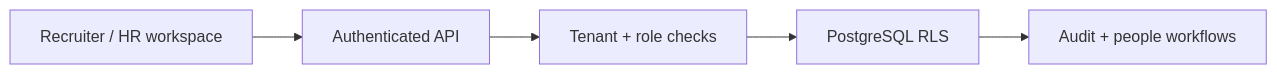
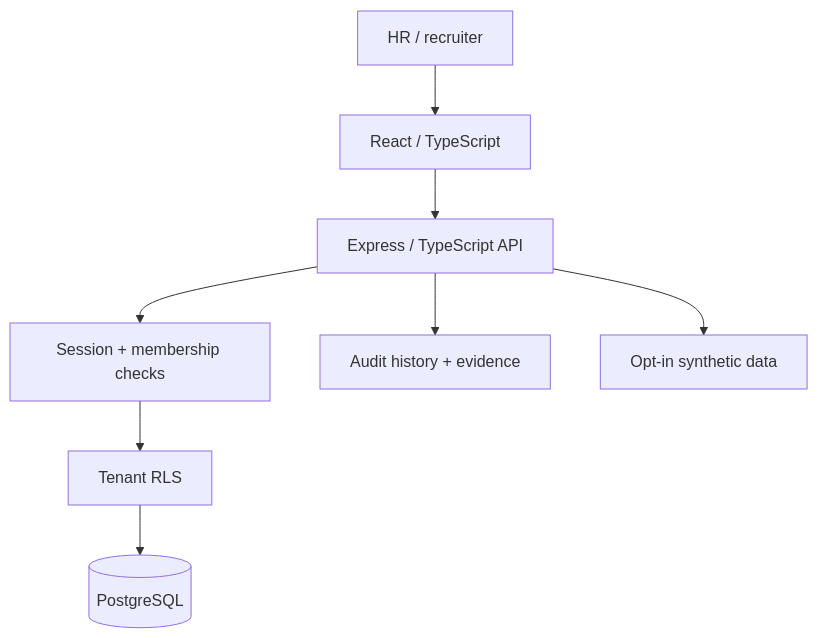
One commit to CayelaemJ/HR-Software changed the diagram in docs/PORTFOLIO_SHOWCASE.md. Above: the diagram before and after it, drawn with Mermaid. The commit also changed other lines of this file, not shown here.

Commit message:
docs: write repository-grounded technical showcase and diagrams

````diff
--- a/docs/PORTFOLIO_SHOWCASE.md
+++ b/docs/PORTFOLIO_SHOWCASE.md
@@ -15,12 +9,10 @@
 ```mermaid
-flowchart LR
-  N0["Recruiter / HR workspace"]
-  N1["Authenticated API"]
-  N2["Tenant + role checks"]
-  N3["PostgreSQL RLS"]
-  N4["Audit + people workflows"]
-  N0 --> N1
-  N1 --> N2
-  N2 --> N3
-  N3 --> N4
+flowchart TB
+ HR["HR / recruiter"] --> Web["React / TypeScript"]
+ Web --> API["Express / TypeScript API"]
+ API --> Auth["Session + membership checks"]
+ Auth --> RLS["Tenant RLS"]
+ RLS --> DB[("PostgreSQL")]
+ API --> Audit["Audit history + evidence"]
+ API --> Demo["Opt-in synthetic data"]
 ```
````
